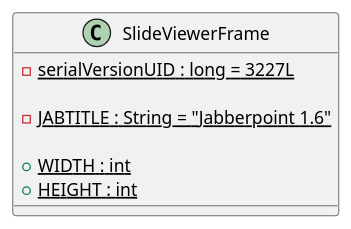
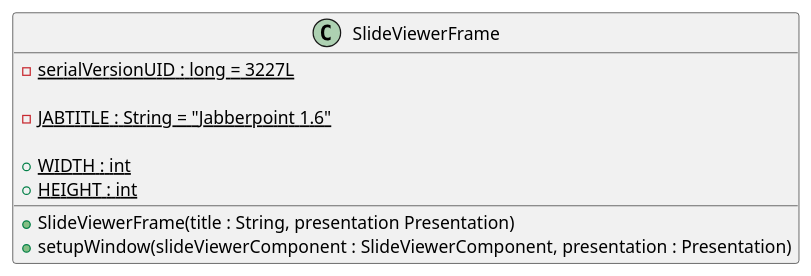
One commit to gabrielrtlima/diagramas-padroes-projeto changed the diagram in classes/SlideViewerFrame.puml. Above: the diagram before and after it, drawn with PlantUML. The commit also changed 13 other files, not shown here.

```diff
--- a/classes/SlideViewerFrame.puml
+++ b/classes/SlideViewerFrame.puml
@@ -1,14 +1,18 @@
 @startuml SlideViewerFrame
 
 class SlideViewerFrame {
 
   - {static} serialVersionUID : long = 3227L
 
   - {static} JABTITLE : String = "Jabberpoint 1.6"
 
   + {static} WIDTH : int
   + {static} HEIGHT : int
 
+  + SlideViewerFrame(title : String, presentation Presentation)
+  + setupWindow(slideViewerComponent : SlideViewerComponent, presentation : Presentation)
+  
+
 }
 
 @enduml
```
